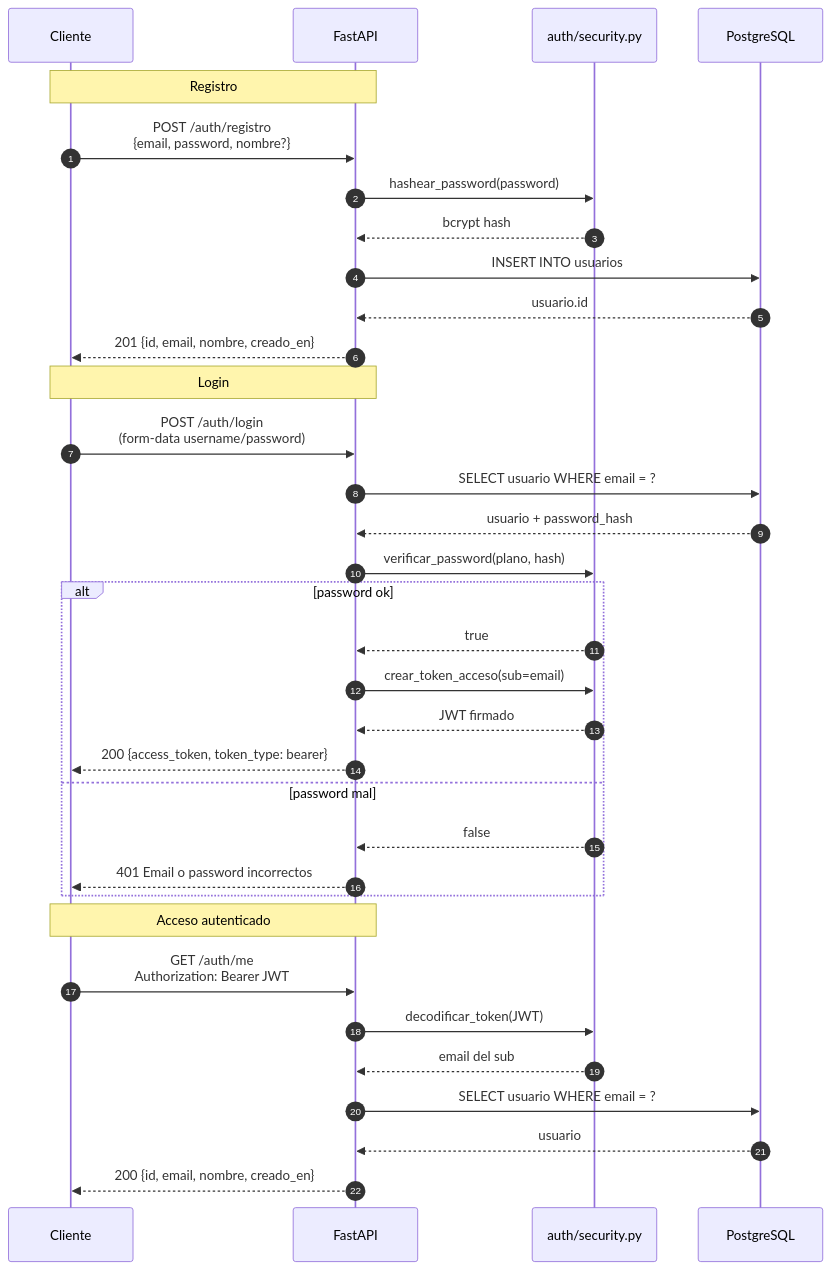
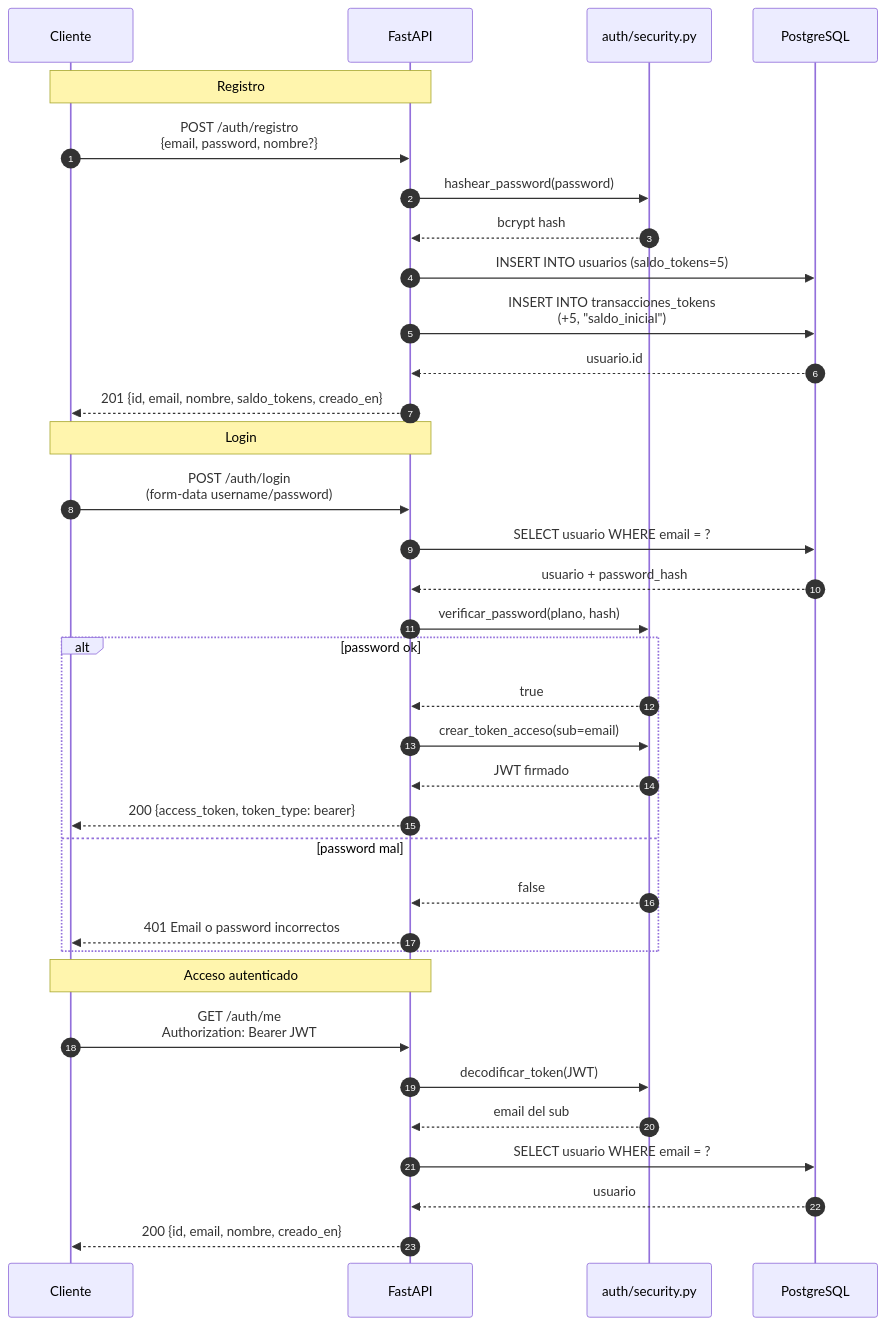
The second of 5 diagrams in docs/arquitectura.md (VMarcosGC/consulta-placas-ec), drawn with Mermaid before and after one commit. The commit also changed other lines of this file and 1 other file, not shown here.

First line of the commit message:
docs: cerrar Fase 3 en CLAUDE.md y actualizar diagramas

````diff
--- a/docs/arquitectura.md
+++ b/docs/arquitectura.md
@@ -56,39 +56,40 @@
 ```mermaid
 sequenceDiagram
     autonumber
     participant C as Cliente
     participant API as FastAPI
     participant Sec as auth/security.py
     participant DB as PostgreSQL
 
     Note over C,API: Registro
     C->>API: POST /auth/registro<br/>{email, password, nombre?}
     API->>Sec: hashear_password(password)
     Sec-->>API: bcrypt hash
-    API->>DB: INSERT INTO usuarios
+    API->>DB: INSERT INTO usuarios (saldo_tokens=5)
+    API->>DB: INSERT INTO transacciones_tokens<br/>(+5, "saldo_inicial")
     DB-->>API: usuario.id
-    API-->>C: 201 {id, email, nombre, creado_en}
+    API-->>C: 201 {id, email, nombre, saldo_tokens, creado_en}
 
     Note over C,API: Login
     C->>API: POST /auth/login<br/>(form-data username/password)
     API->>DB: SELECT usuario WHERE email = ?
     DB-->>API: usuario + password_hash
     API->>Sec: verificar_password(plano, hash)
     alt password ok
         Sec-->>API: true
         API->>Sec: crear_token_acceso(sub=email)
         Sec-->>API: JWT firmado
         API-->>C: 200 {access_token, token_type: bearer}
     else password mal
         Sec-->>API: false
         API-->>C: 401 Email o password incorrectos
     end
 
     Note over C,API: Acceso autenticado
     C->>API: GET /auth/me<br/>Authorization: Bearer JWT
     API->>Sec: decodificar_token(JWT)
     Sec-->>API: email del sub
     API->>DB: SELECT usuario WHERE email = ?
     DB-->>API: usuario
     API-->>C: 200 {id, email, nombre, creado_en}
 ```
````
